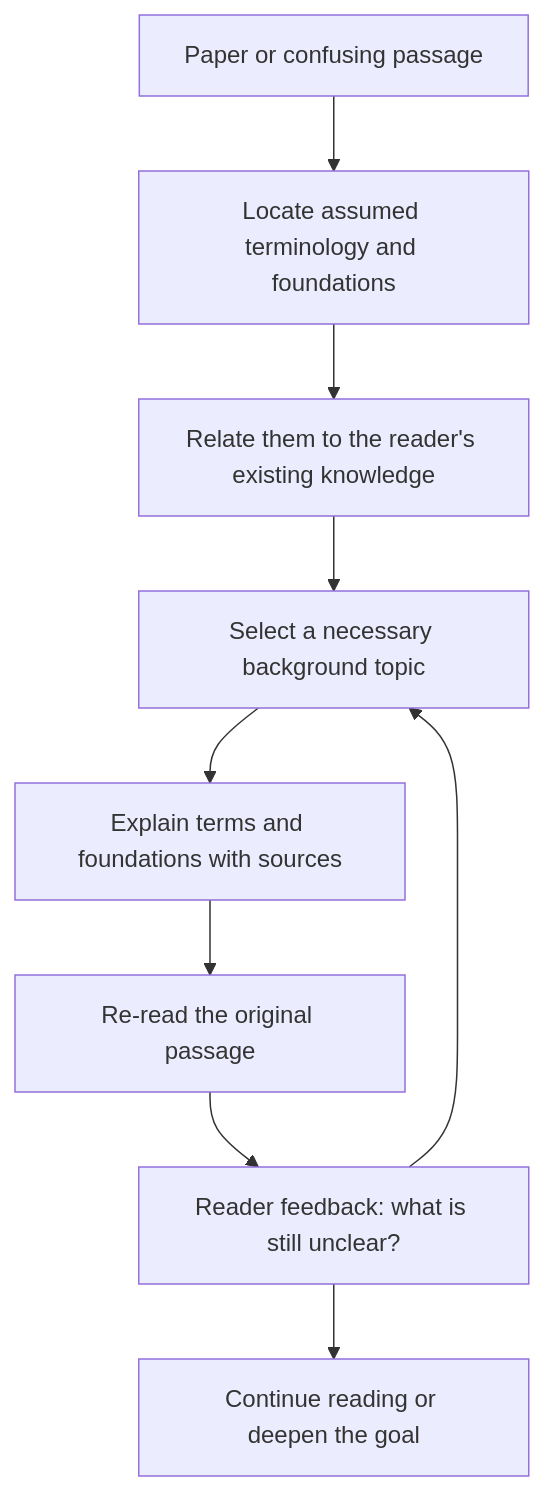
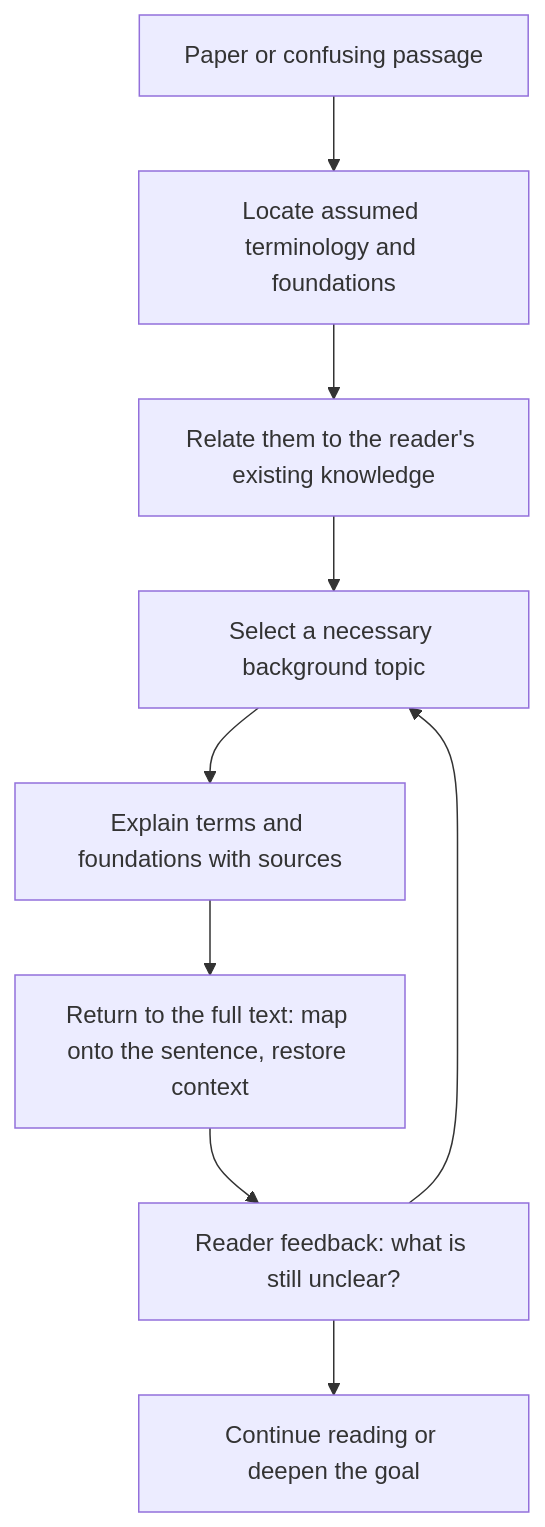
The diagram in README.md (relativity143/an-agent-for-paper-reading), drawn with Mermaid before and after one commit. The commit also changed other lines of this file and 1 other file, not shown here.

First line of the commit message:
docs: always return the reader to the full text

````diff
--- a/README.md
+++ b/README.md
@@ -64,11 +65,11 @@
 ```mermaid
 flowchart TD
     A[Paper or confusing passage] --> B[Locate assumed terminology and foundations]
     B --> C[Relate them to the reader's existing knowledge]
     C --> D[Select a necessary background topic]
     D --> E[Explain terms and foundations with sources]
-    E --> F[Re-read the original passage]
+    E --> F[Return to the full text: map onto the sentence, restore context]
     F --> G[Reader feedback: what is still unclear?]
     G --> D
     G --> H[Continue reading or deepen the goal]
 ```
````
